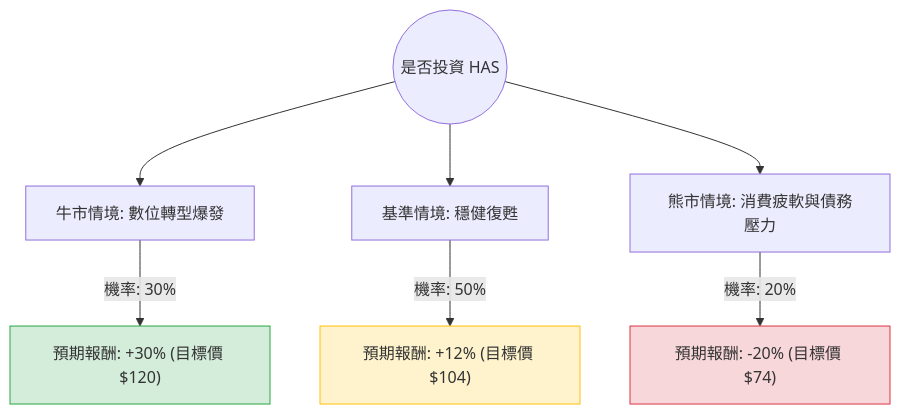
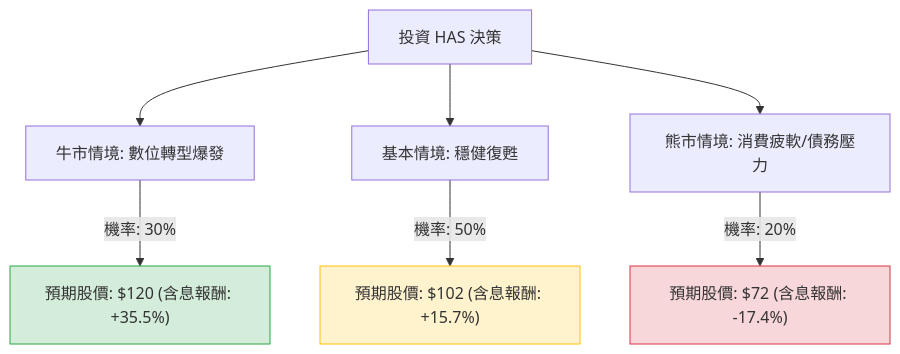
Before and after one commit to zmcx16/zmcx16.github.io: the diagram in plugin-react/ai-analysis/ev-analysis/HAS.md, drawn with Mermaid. The commit also changed other lines of this file and 63 other files, not shown here.

````diff
--- a/plugin-react/ai-analysis/ev-analysis/HAS.md
+++ b/plugin-react/ai-analysis/ev-analysis/HAS.md
@@ -20,14 +20,14 @@
 ```mermaid
 graph TD
-    Start((是否投資 HAS)) --> Bull[牛市情境: 數位轉型爆發]
-    Start --> Base[基準情境: 穩健復甦]
-    Start --> Bear[熊市情境: 消費疲軟與債務壓力]
+    Start[投資 HAS 決策] --> Bull[牛市情境: 數位轉型爆發]
+    Start --> Base[基本情境: 穩健復甦]
+    Start --> Bear[熊市情境: 消費疲軟/債務壓力]
 
-    Bull -- "機率: 30%" --> BullVal["預期報酬: +30% (目標價 $120)"]
-    Base -- "機率: 50%" --> BaseVal["預期報酬: +12% (目標價 $104)"]
-    Bear -- "機率: 20%" --> BearVal["預期報酬: -20% (目標價 $74)"]
+    Bull -- "機率: 30%" --> BullResult["預期股價: $120 (含息報酬: +35.5%)"]
+    Base -- "機率: 50%" --> BaseResult["預期股價: $102 (含息報酬: +15.7%)"]
+    Bear -- "機率: 20%" --> BearResult["預期股價: $72 (含息報酬: -17.4%)"]
 
-    style BullVal fill:#d4edda,stroke:#28a745
-    style BaseVal fill:#fff3cd,stroke:#ffc107
-    style BearVal fill:#f8d7da,stroke:#dc3545
+    style BullResult fill:#d4edda,stroke:#28a745
+    style BaseResult fill:#fff3cd,stroke:#ffc107
+    style BearResult fill:#f8d7da,stroke:#dc3545
 ```
````
